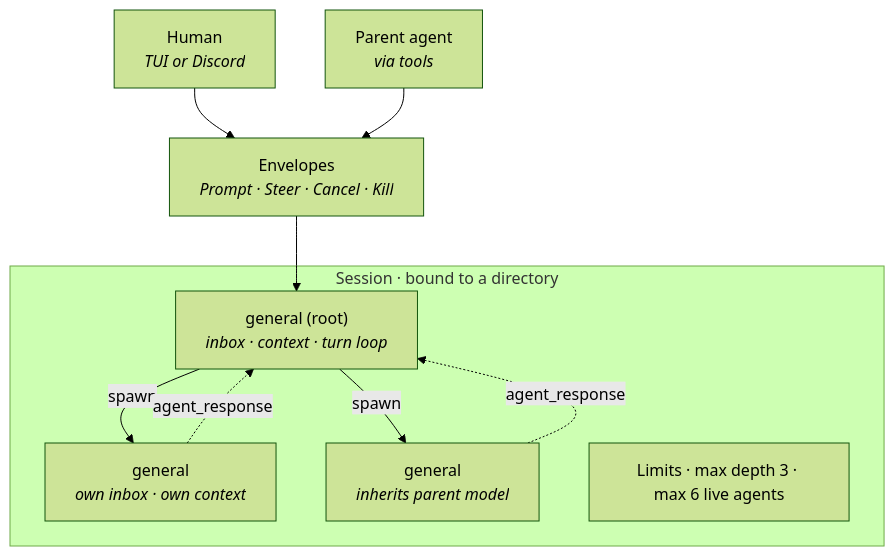
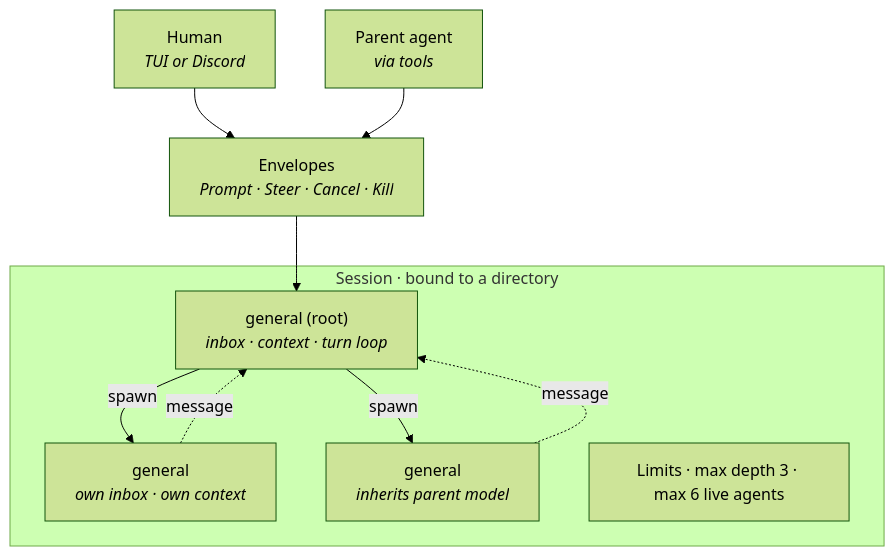
The second of 4 diagrams in docs/stavlos-prd.md (nicodes/stavlos), drawn with Mermaid (forest theme) before and after one commit. The commit also changed other lines of this file and 23 other files, not shown here.

First line of the commit message:
agent: one message(to, text) tool replaces agent_message and agent_response

````diff
--- a/docs/stavlos-prd.md
+++ b/docs/stavlos-prd.md
@@ -140,22 +140,22 @@
 ```mermaid
 flowchart TD
     HUMAN["Human<br/><i>TUI or Discord</i>"]
     PARENT["Parent agent<br/><i>via tools</i>"]
     ENV["Envelopes<br/><i>Prompt · Steer · Cancel · Kill</i>"]
 
     HUMAN --> ENV
     PARENT --> ENV
     ENV --> ROOT
 
     subgraph SESSION["Session · bound to a directory"]
         ROOT["general (root)<br/><i>inbox · context · turn loop</i>"]
         EXPL["general<br/><i>own inbox · own context</i>"]
         TEST["general<br/><i>inherits parent model</i>"]
         LIMITS["Limits · max depth 3 · max 6 live agents"]
 
         ROOT -- spawn --> EXPL
         ROOT -- spawn --> TEST
-        EXPL -. agent_response .-> ROOT
-        TEST -. agent_response .-> ROOT
+        EXPL -. message .-> ROOT
+        TEST -. message .-> ROOT
     end
 ```
````
